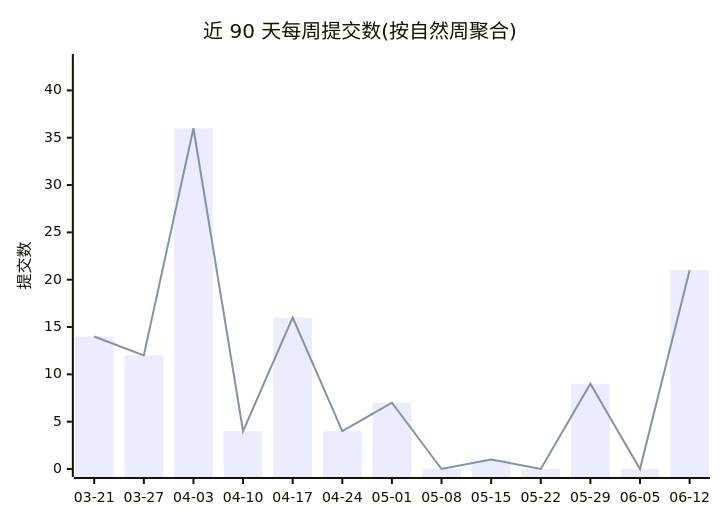
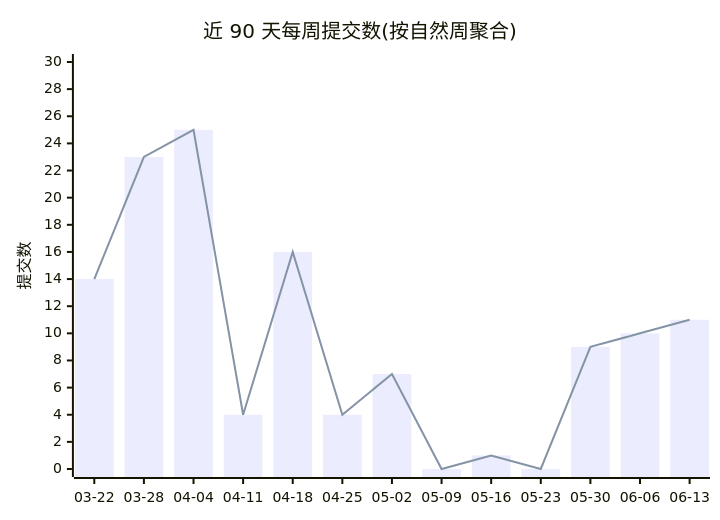
One commit to Conflux-Union/.github changed the first of 2 diagrams in profile/README.md. Above: the diagram before and after it, drawn with Mermaid. The commit also changed other lines of this file and 1 other file, not shown here.

Commit message:
chore(stats): refresh org commit stats

````diff
--- a/profile/README.md
+++ b/profile/README.md
@@ -44,8 +44,8 @@
 ```mermaid
 xychart-beta
     title "近 90 天每周提交数(按自然周聚合)"
-    x-axis ["03-21", "03-27", "04-03", "04-10", "04-17", "04-24", "05-01", "05-08", "05-15", "05-22", "05-29", "06-05", "06-12"]
-    y-axis "提交数" 0 --> 43
-    bar [14, 12, 36, 4, 16, 4, 7, 0, 1, 0, 9, 0, 21]
-    line [14, 12, 36, 4, 16, 4, 7, 0, 1, 0, 9, 0, 21]
+    x-axis ["03-22", "03-28", "04-04", "04-11", "04-18", "04-25", "05-02", "05-09", "05-16", "05-23", "05-30", "06-06", "06-13"]
+    y-axis "提交数" 0 --> 30
+    bar [14, 23, 25, 4, 16, 4, 7, 0, 1, 0, 9, 10, 11]
+    line [14, 23, 25, 4, 16, 4, 7, 0, 1, 0, 9, 10, 11]
 ```
````
